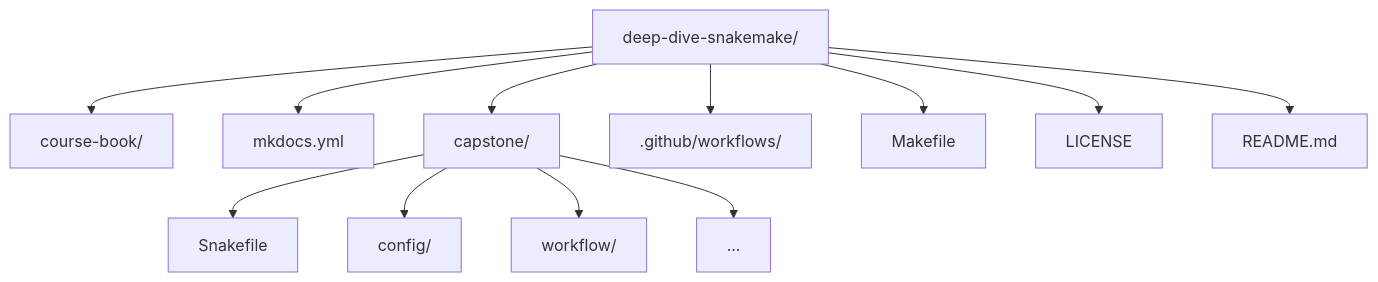
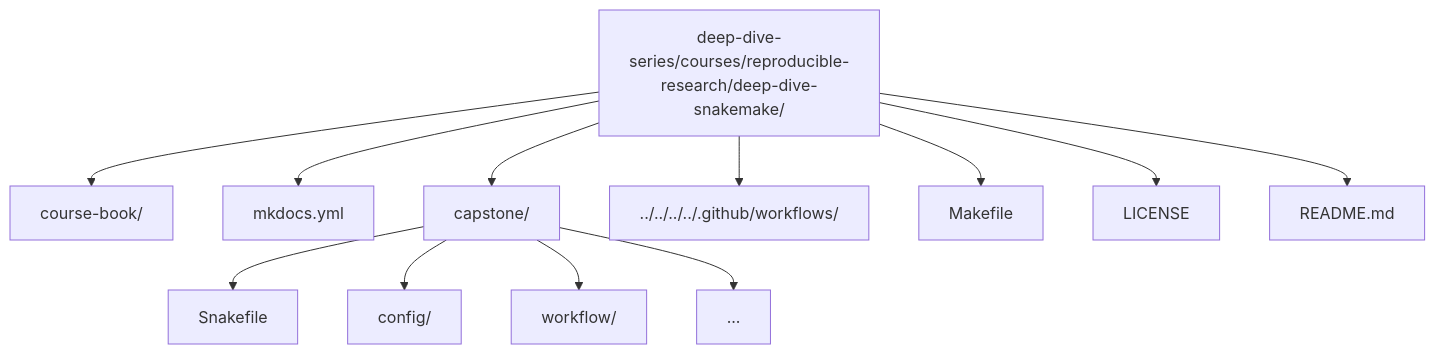
One commit to bijux/bijux-masterclass changed the diagram in courses/reproducible-research/deep-dive-snakemake/README.md. Above: the diagram before and after it, drawn with Mermaid. The commit also changed other lines of this file and 8 other files, not shown here.

Commit message:
docs: repoint reproducible research courses to deep dive series

````diff
--- a/courses/reproducible-research/deep-dive-snakemake/README.md
+++ b/courses/reproducible-research/deep-dive-snakemake/README.md
@@ -96,15 +96,15 @@
 ```mermaid
 graph TD
-  root["deep-dive-snakemake/"]
+  root["deep-dive-series/courses/reproducible-research/deep-dive-snakemake/"]
   root --> book["course-book/"]
   root --> mkdocs["mkdocs.yml"]
   root --> capstone["capstone/"]
-  root --> workflows[".github/workflows/"]
+  root --> workflows["../../../../.github/workflows/"]
   root --> makefile["Makefile"]
   root --> license["LICENSE"]
   root --> readme["README.md"]
   capstone --> snakefile["Snakefile"]
   capstone --> config["config/"]
   capstone --> workflow["workflow/"]
   capstone --> more["..."]
 ```
````
